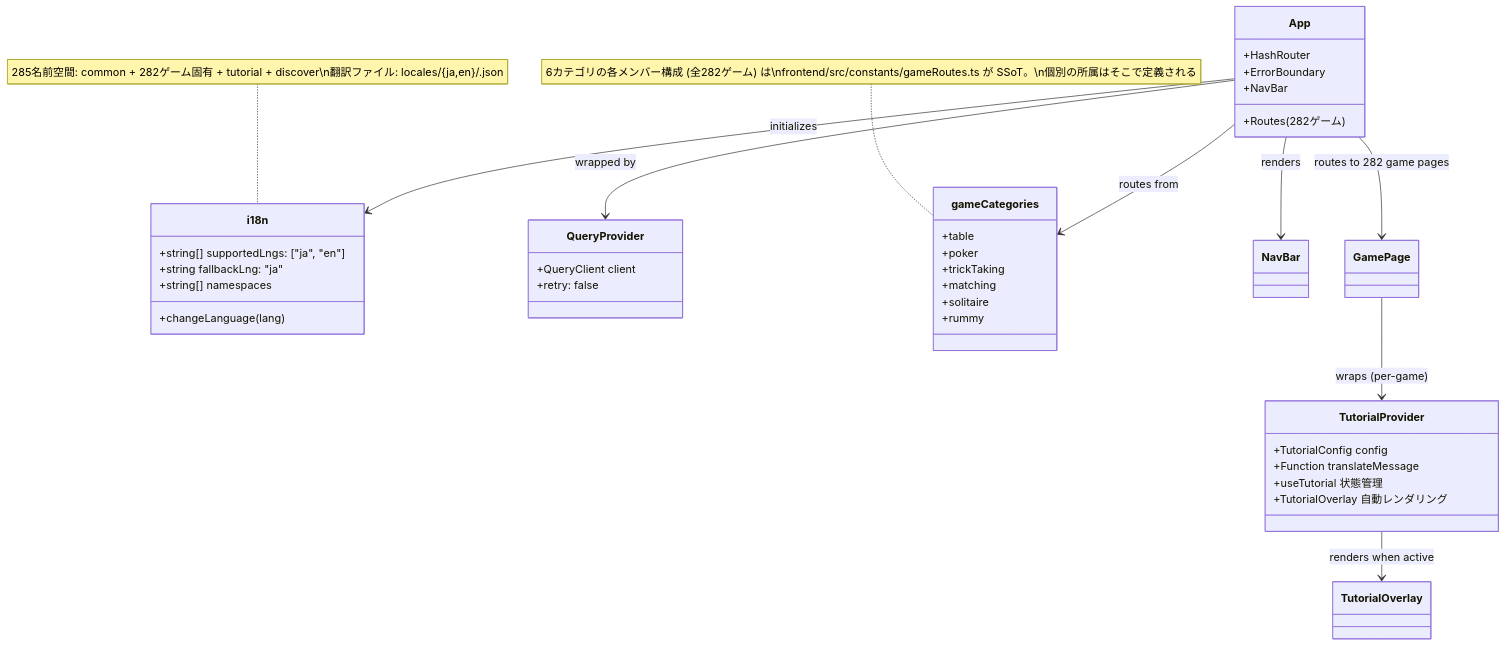
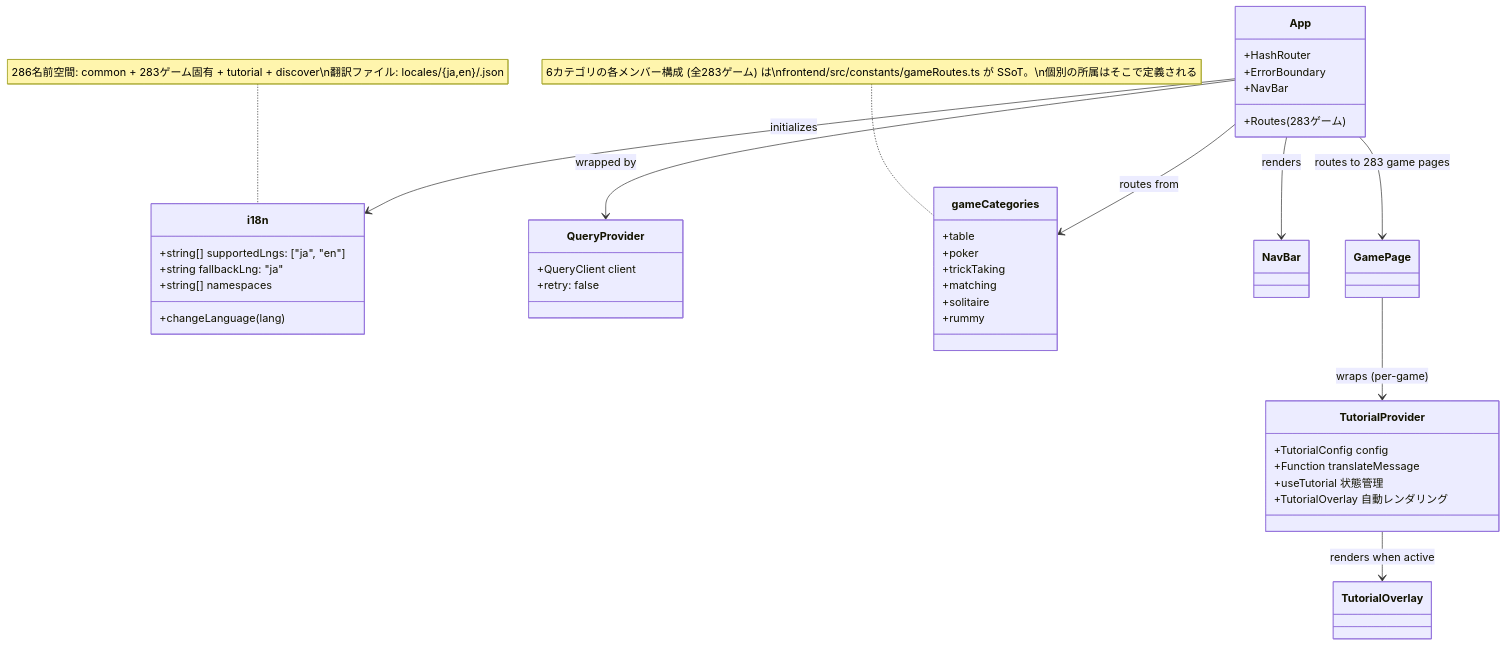
One commit to yuta-yoshinaga/go_trumpcards changed the ninth of 49 diagrams in docs/design/frontend.md. Above: the diagram before and after it, drawn with Mermaid. The commit also changed other lines of this file and 62 other files, not shown here.

````diff
--- a/docs/design/frontend.md
+++ b/docs/design/frontend.md
@@ -1869,48 +1869,48 @@
 ```mermaid
 classDiagram
     class i18n {
         +string[] supportedLngs: ["ja", "en"]
         +string fallbackLng: "ja"
         +string[] namespaces
         +changeLanguage(lang)
     }
 
     class QueryProvider {
         +QueryClient client
         +retry: false
     }
 
     class App {
         +HashRouter
         +ErrorBoundary
         +NavBar
-        +Routes (282ゲーム)
+        +Routes (283ゲーム)
     }
 
     class gameCategories {
         +table
         +poker
         +trickTaking
         +matching
         +solitaire
         +rummy
     }
-    note for gameCategories "6カテゴリの各メンバー構成 (全282ゲーム) は\nfrontend/src/constants/gameRoutes.ts が SSoT。\n個別の所属はそこで定義される"
+    note for gameCategories "6カテゴリの各メンバー構成 (全283ゲーム) は\nfrontend/src/constants/gameRoutes.ts が SSoT。\n個別の所属はそこで定義される"
 
     class TutorialProvider {
         +TutorialConfig config
         +Function translateMessage
         +useTutorial 状態管理
         +TutorialOverlay 自動レンダリング
     }
 
     App --> QueryProvider : wrapped by
     App --> i18n : initializes
     App --> gameCategories : routes from
     App --> NavBar : renders
-    App --> GamePage : routes to 282 game pages
+    App --> GamePage : routes to 283 game pages
     GamePage --> TutorialProvider : wraps (per-game)
     TutorialProvider --> TutorialOverlay : renders when active
 
-    note for i18n "285名前空間: common + 282ゲーム固有 + tutorial + discover\n翻訳ファイル: locales/{ja,en}/<game>.json"
+    note for i18n "286名前空間: common + 283ゲーム固有 + tutorial + discover\n翻訳ファイル: locales/{ja,en}/<game>.json"
 ```
````
